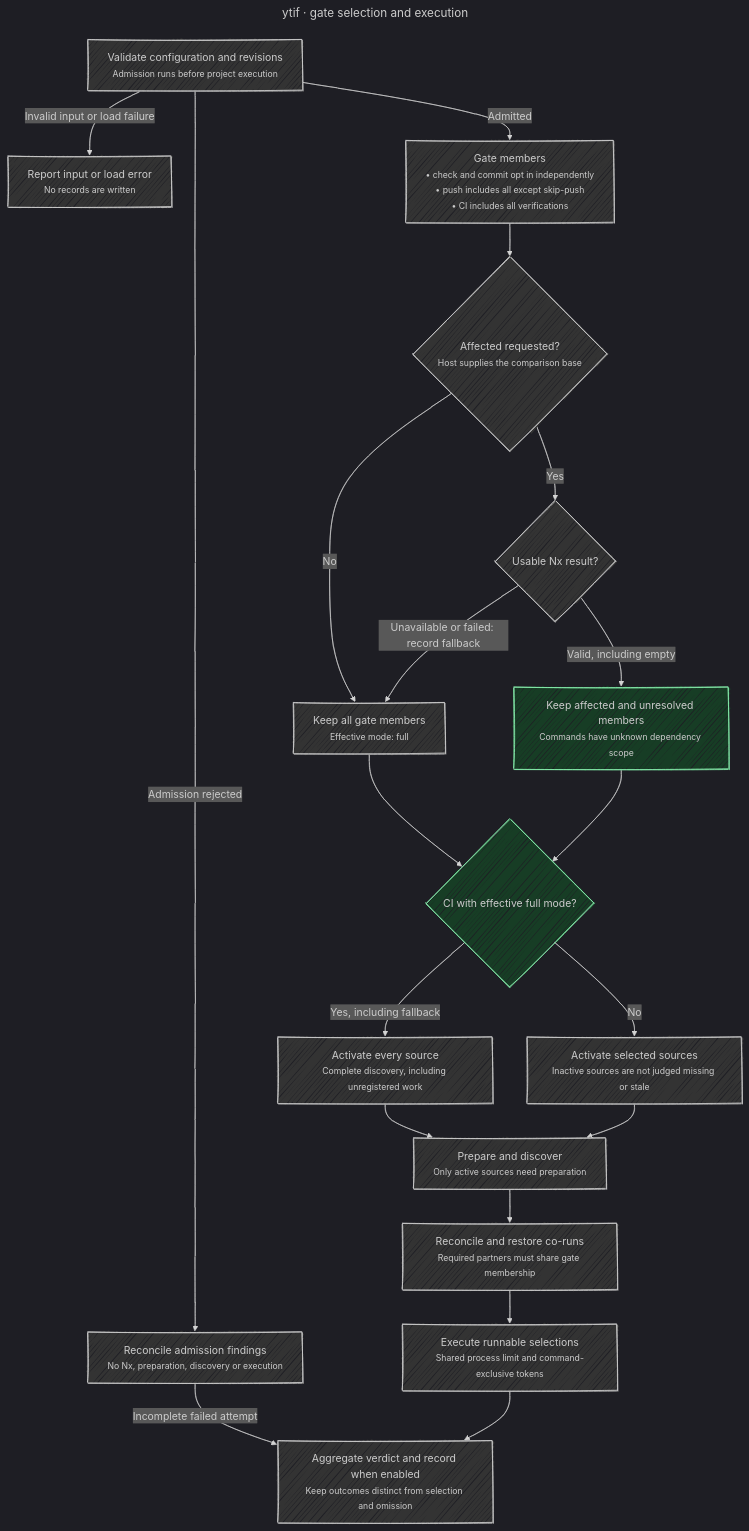
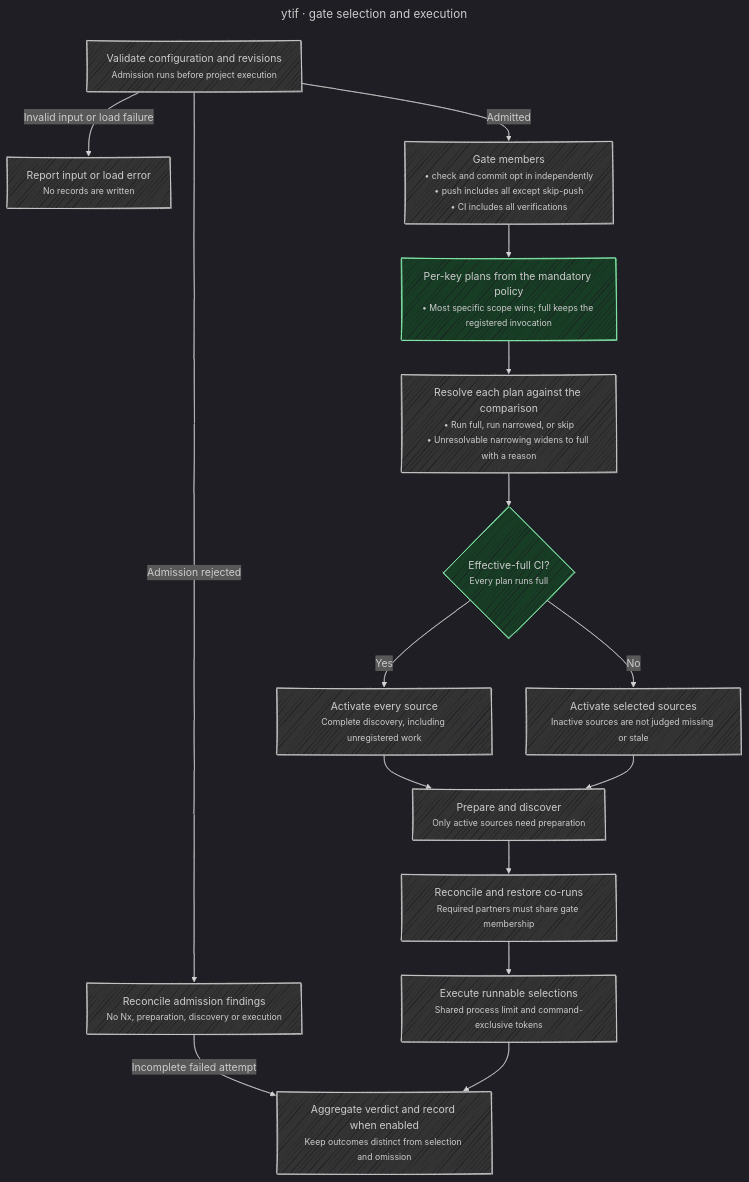
Before and after one commit to undervoke/ytif: the diagram in blueprint/gates.mermaid, drawn with Mermaid. The commit also changed 30 other files, not shown here.

```diff
--- a/blueprint/gates.mermaid
+++ b/blueprint/gates.mermaid
@@ -1,65 +1,57 @@
 ---
 title: ytif · gate selection and execution
 config:
   look: handDrawn
   handDrawnSeed: 5
   theme: dark
   themeVariables:
     mainBkg: "#333333"
     clusterBkg: "#242424"
   themeCSS: |
     small { display: inline-block; text-align: left; }
   flowchart:
     wrappingWidth: 270
 ---
-%% Behavior authority: internal/gate/gate.go (Run), internal/gate/survey.go, internal/affected/affected.go and README.md (Gates).
-%% dinyd: internal/gate/gate.go#Run s1:48aeaded1e0ab95a
+%% Behavior authority: internal/gate/gate.go (Run), internal/gate/survey.go, internal/gate/plans.go and README.md (Gates).
+%% dinyd: internal/gate/gate.go#Run s1:f7690a3f1e794db6
 %% Invalid input exits before record creation. Admission findings reconcile and finish as an incomplete failed attempt, recorded when enabled.
-%% Affected selection covers registered work, not a complete census. A valid empty result does not trigger fallback; unresolved verification scopes still run.
-%% list uses complete discovery separately. A full local gate activates only sources owning selected members; effective-full CI activates every source.
-%% dinyd: internal/gate/survey.go#NewSurvey s1:1dcd730c4a5522ac
+%% The mandatory gate policy plans every member; narrowing that cannot be resolved widens to full with a reason. A valid empty selection skips without fallback.
+%% list uses complete discovery separately. A gate run activates only sources owning runnable selections; effective-full CI activates every source.
+%% dinyd: internal/gate/survey.go#NewSurvey s1:687bd091fdb64691
 flowchart TB
   Input["Validate configuration and revisions<br/><small>Admission runs before project execution</small>"]
   Invalid["Report input or load error<br/><small>No records are written</small>"]
   Rejected["Reconcile admission findings<br/><small>No Nx, preparation, discovery or execution</small>"]
   Members["Gate members<br/><small>• check and commit opt in independently<br/>• push includes all except skip-push<br/>• CI includes all verifications</small>"]
   %% dinyd: internal/inventory/inventory.go#Entry.Member s1:b9c171c2f6703344
-  Mode{"Affected requested?<br/><small>Host supplies the comparison base</small>"}
-  Nx{"Usable Nx result?"}
-  %% dinyd: internal/affected/affected.go#NxFiles s1:8f314da9552c6164
-  Full["Keep all gate members<br/><small>Effective mode: full</small>"]
-  Affected["Keep affected and unresolved members<br/><small>Commands have unknown dependency scope</small>"]
-  %% dinyd: internal/affected/affected.go#Graph.Unaffected s1:a5c4be89c62d7ba9
-  Census{"CI with effective full mode?"}
+  Plans["Per-key plans from the mandatory policy<br/><small>• Most specific scope wins; full keeps the registered invocation</small>"]
+  Outcomes["Resolve each plan against the comparison<br/><small>• Run full, run narrowed, or skip<br/>• Unresolvable narrowing widens to full with a reason</small>"]
+  Census{"Effective-full CI?<br/><small>Every plan runs full</small>"}
   All["Activate every source<br/><small>Complete discovery, including unregistered work</small>"]
   Selected["Activate selected sources<br/><small>Inactive sources are not judged missing or stale</small>"]
   Discover["Prepare and discover<br/><small>Only active sources need preparation</small>"]
   %% dinyd: internal/gate/survey.go#Survey.prepare s1:06d49989583edac2
   %% dinyd: internal/gate/survey.go#Survey.discover s1:7acebb91411823be
   Reconcile["Reconcile and restore co-runs<br/><small>Required partners must share gate membership</small>"]
   %% dinyd: internal/gate/gate.go#closeCoRuns s1:0d6266841e3d3efc
   %% dinyd: internal/gate/survey.go#Survey.placementOrder s1:b5ab8cad6cf0cc71
   Run["Execute runnable selections<br/><small>Shared process limit and command-exclusive tokens</small>"]
-  %% dinyd: internal/proc/proc.go#Run s1:ef10d4d2314b589e
-  %% dinyd: internal/checkrun/checkrun.go#Source.execute s1:276c8ae375a5dd22
+  %% dinyd: internal/proc/proc.go#Run s1:2705dd6f8623d0d8
+  %% dinyd: internal/checkrun/checkrun.go#Source.execute s1:86e3034971840243
   Finish["Aggregate verdict and record when enabled<br/><small>Keep outcomes distinct from selection and omission</small>"]
 
   Input -->|Invalid input or load failure| Invalid
   Input -->|Admission rejected| Rejected
   Rejected -->|Incomplete failed attempt| Finish
   Input -->|Admitted| Members
-  Members --> Mode
-  Mode -->|No| Full
-  Mode -->|Yes| Nx
-  Nx -->|Unavailable or failed: record fallback| Full
-  Nx -->|Valid, including empty| Affected
-  Full --> Census
-  Affected --> Census
-  Census -->|Yes, including fallback| All
+  Members --> Plans
+  Plans --> Outcomes
+  Outcomes --> Census
+  Census -->|Yes| All
   Census -->|No| Selected
   All --> Discover
   Selected --> Discover
   Discover --> Reconcile --> Run --> Finish
 
   classDef em fill:#173d25,stroke:#86efac
-  class Affected,Census em
+  class Plans,Census em
```
